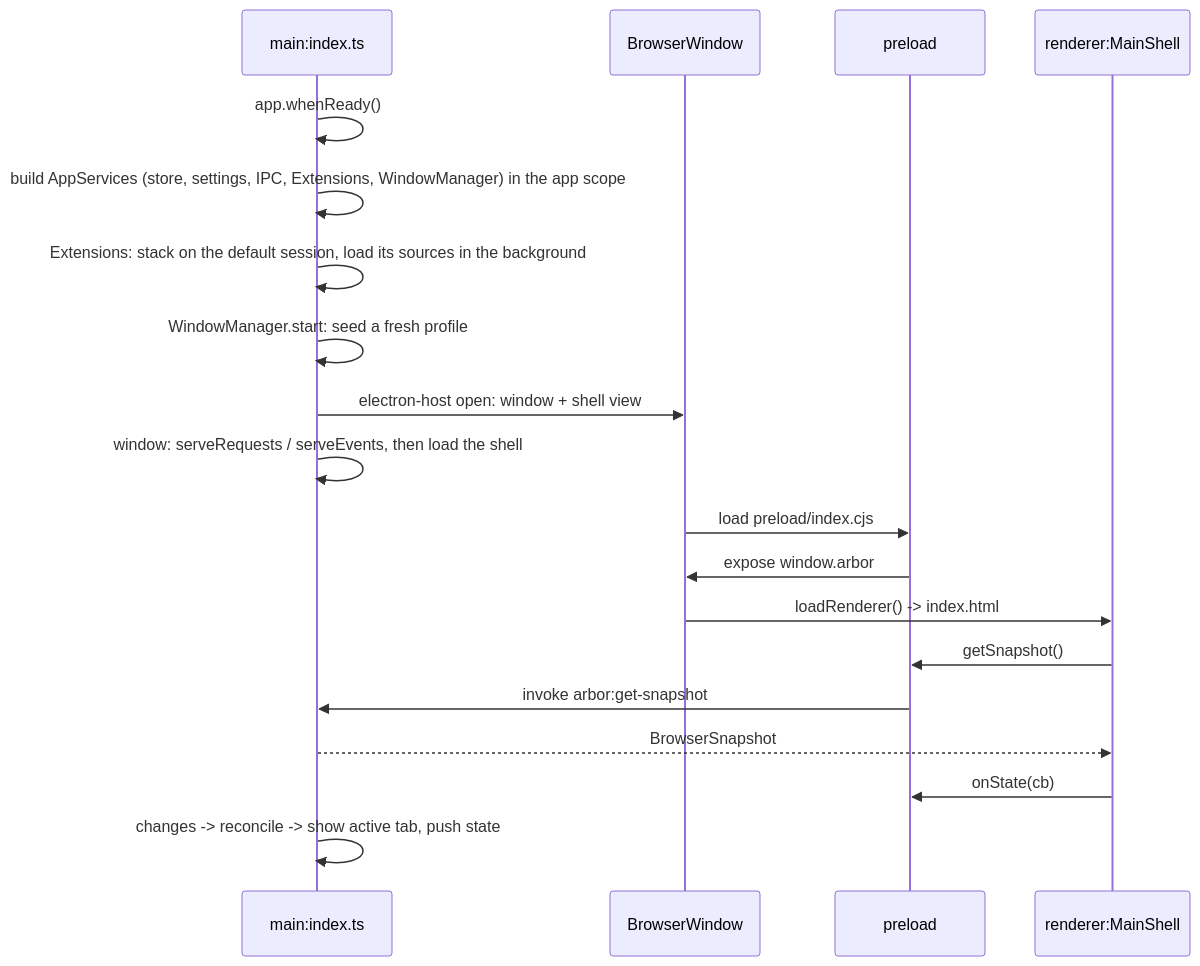
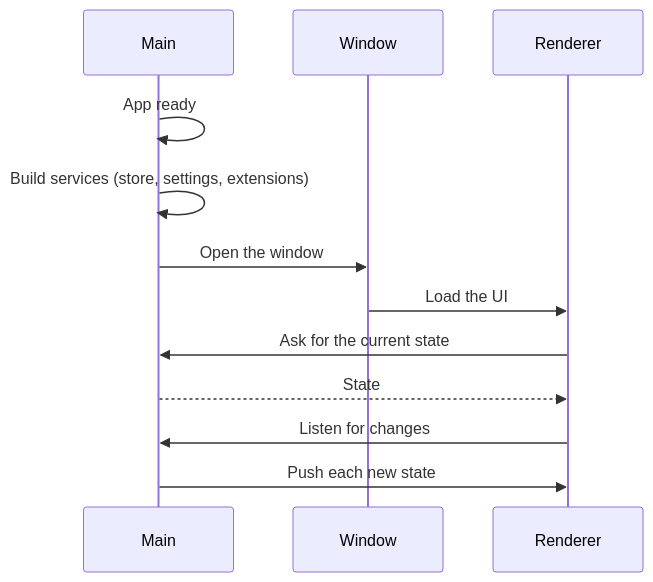
The fifth of 6 diagrams in docs/architecture/01-processes.md (rom100main/arbor), drawn with Mermaid before and after one commit. The commit also changed other lines of this file and 6 other files, not shown here.

````diff
--- a/docs/architecture/01-processes.md
+++ b/docs/architecture/01-processes.md
@@ -132,21 +93,14 @@
 ```mermaid
 sequenceDiagram
-    participant M as main:index.ts
-    participant W as BrowserWindow
-    participant P as preload
-    participant R as renderer:MainShell
-    M->>M: app.whenReady()
-    M->>M: build AppServices (store, settings, IPC, Extensions, WindowManager) in the app scope
-    M->>M: Extensions: stack on the default session, load its sources in the background
-    M->>M: WindowManager.start: seed a fresh profile
-    M->>W: electron-host open: window + shell view
-    M->>M: window: serveRequests / serveEvents, then load the shell
-    W->>P: load preload/index.cjs
-    P->>W: expose window.arbor
-    W->>R: loadRenderer() -> index.html
-    R->>P: getSnapshot()
-    P->>M: invoke arbor:get-snapshot
-    M-->>R: BrowserSnapshot
-    R->>P: onState(cb)
-    M->>M: changes -> reconcile -> show active tab, push state
+    participant M as Main
+    participant W as Window
+    participant R as Renderer
+    M->>M: App ready
+    M->>M: Build services (store, settings, extensions)
+    M->>W: Open the window
+    W->>R: Load the UI
+    R->>M: Ask for the current state
+    M-->>R: State
+    R->>M: Listen for changes
+    M->>R: Push each new state
 ```
````
